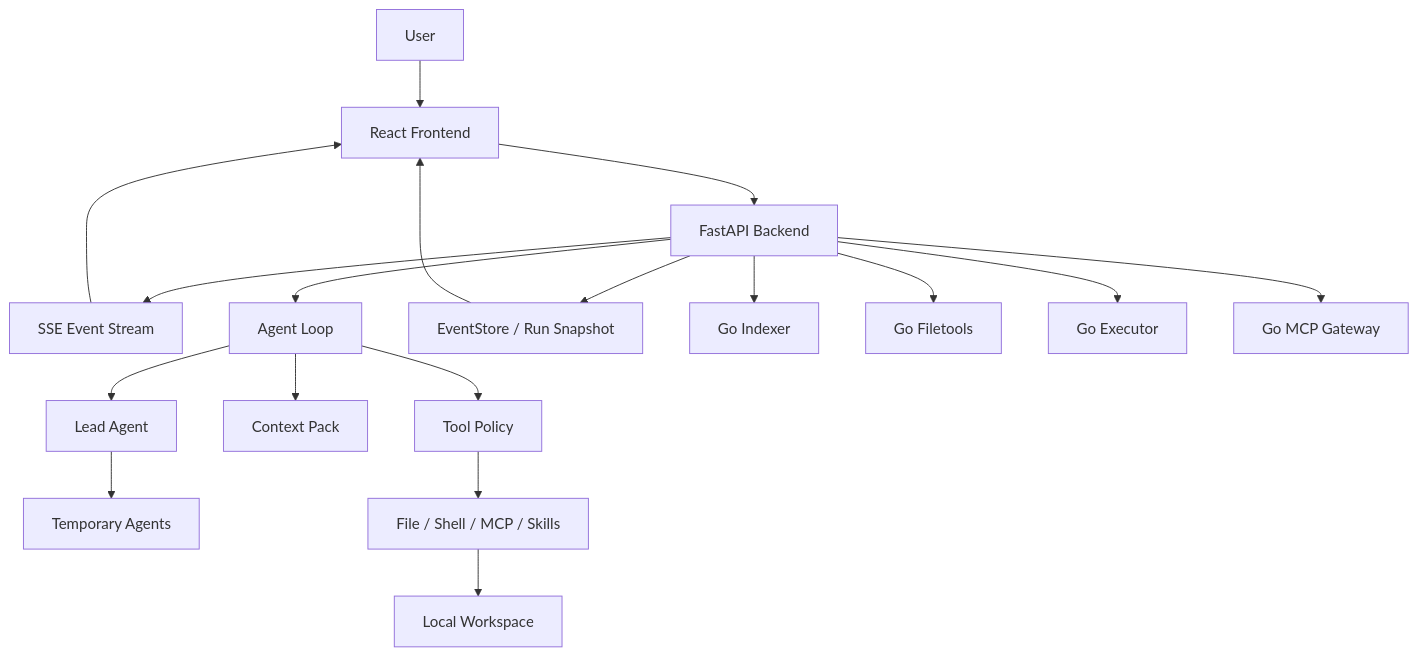
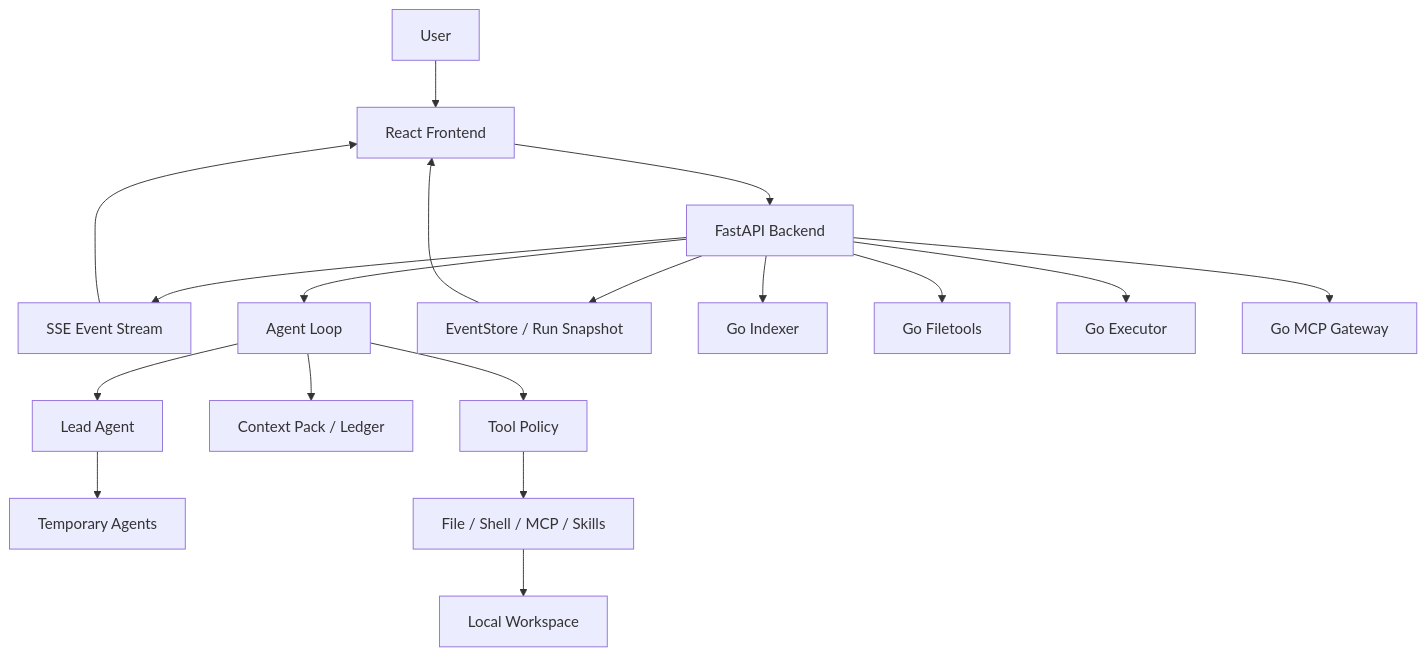
One commit to MagicalLiHua/nanoCursor changed the diagram in README.md. Above: the diagram before and after it, drawn with Mermaid. The commit also changed other lines of this file and 57 other files, not shown here.

````diff
--- a/README.md
+++ b/README.md
@@ -168,23 +220,23 @@
 ```mermaid
 flowchart TD
     User["User"] --> UI["React Frontend"]
     UI --> API["FastAPI Backend"]
     API --> SSE["SSE Event Stream"]
     SSE --> UI
 
     API --> Loop["Agent Loop"]
     Loop --> Lead["Lead Agent"]
     Lead --> Agents["Temporary Agents"]
-    Loop --> Context["Context Pack"]
+    Loop --> Context["Context Pack / Ledger"]
     Loop --> Policy["Tool Policy"]
     Policy --> Tools["File / Shell / MCP / Skills"]
     Tools --> Workspace["Local Workspace"]
 
     API --> Store["EventStore / Run Snapshot"]
     Store --> UI
 
     API --> GoIndexer["Go Indexer"]
     API --> GoFiletools["Go Filetools"]
     API --> GoExecutor["Go Executor"]
     API --> GoMCP["Go MCP Gateway"]
 ```
````
